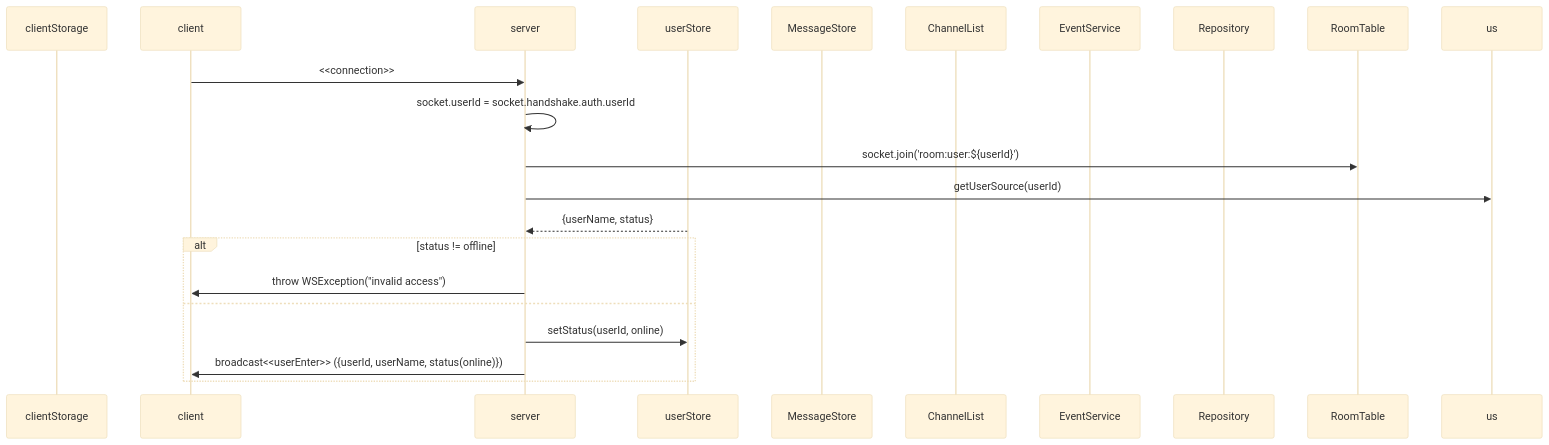
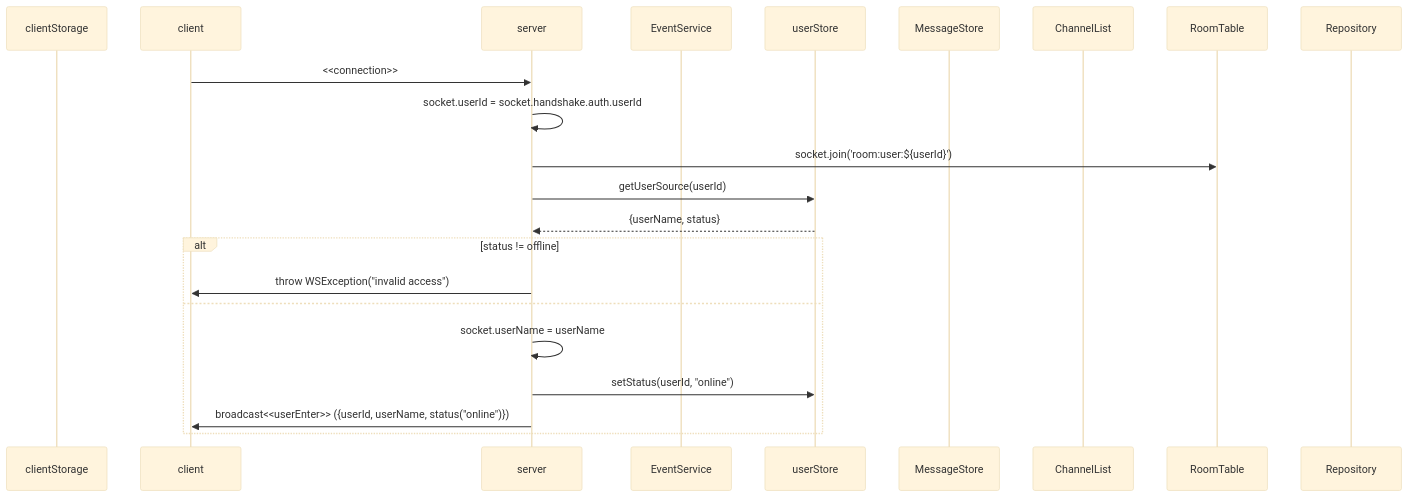
One commit to mtak0235/simmons_transcendence changed the second of 19 diagrams in backend/node/app/event.md. Above: the diagram before and after it, drawn with Mermaid (base theme). The commit also changed other lines of this file, not shown here.

````diff
--- a/backend/node/app/event.md
+++ b/backend/node/app/event.md
@@ -31,24 +26,25 @@
 ```mermaid
 sequenceDiagram
 participant cls as clientStorage
 participant c as client
 participant ga as server
+participant cs as EventService
 participant ss as userStore
 participant ms as MessageStore
 participant cns as ChannelList
-participant cs as EventService
+participant rt as RoomTable
 participant rep as Repository
-participant rt as RoomTable
 
 c->>ga: <<connection>>
 ga->>ga: socket.userId = socket.handshake.auth.userId
 ga->>rt: socket.join('room:user:${userId}')
-ga->>us: getUserSource(userId)
+ga->>ss: getUserSource(userId)
 ss-->>ga: {userName, status}
 alt status != offline
 ga->>c: throw WSException("invalid access")
 else
-ga->>ss:setStatus(userId, online)
-ga->>c: broadcast<<userEnter>> ({userId, userName, status(online)})
+ga->>ga: socket.userName = userName
+ga->>ss:setStatus(userId, "online")
+ga->>c: broadcast<<userEnter>> ({userId, userName, status("online")})
 end
 ```
````
